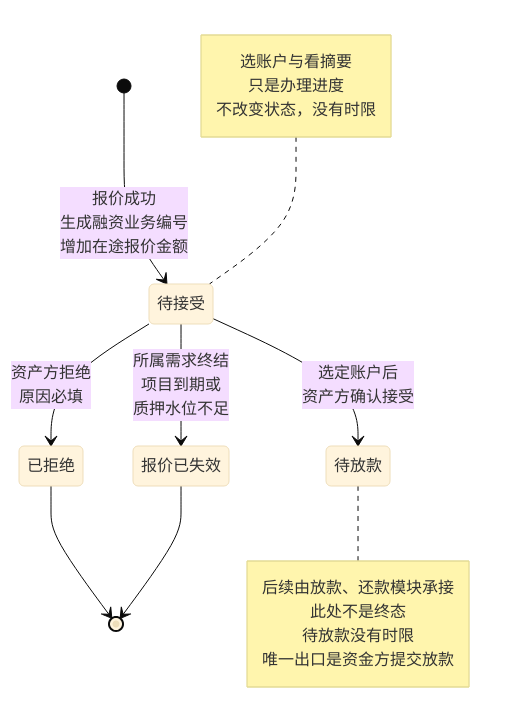
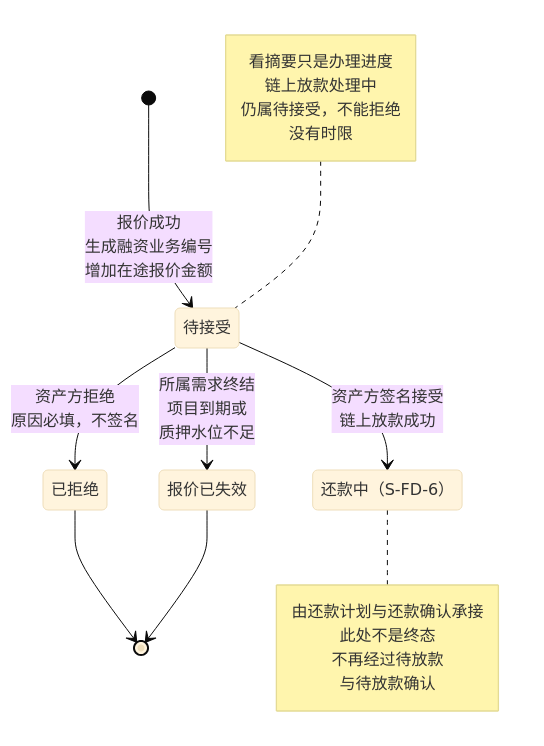
The eighth of 10 diagrams in lending-platform/PRD/面客端/06-借贷广场-授信报价与接受拒绝/02-授信报价与接受拒绝-流程图与状态机.md (wxblockchain/Chain-Financing), drawn with Mermaid (base theme) before and after one commit. The commit also changed other lines of this file and 5 other files, not shown here.

````diff
--- a/lending-platform/PRD/面客端/06-借贷广场-授信报价与接受拒绝/02-授信报价与接受拒绝-流程图与状态机.md
+++ b/lending-platform/PRD/面客端/06-借贷广场-授信报价与接受拒绝/02-授信报价与接受拒绝-流程图与状态机.md
@@ -161,24 +219,25 @@
 ```mermaid
 stateDiagram-v2
   state "待接受" as WAIT
   state "已拒绝" as REJECTED
   state "报价已失效" as EXPIRED
-  state "待放款" as FUNDING
+  state "还款中（S-FD-6）" as FUNDING
   [*] --> WAIT: 报价成功<br/>生成融资业务编号<br/>增加在途报价金额
-  WAIT --> REJECTED: 资产方拒绝<br/>原因必填
+  WAIT --> REJECTED: 资产方拒绝<br/>原因必填，不签名
   WAIT --> EXPIRED: 所属需求终结<br/>项目到期或<br/>质押水位不足
-  WAIT --> FUNDING: 选定账户后<br/>资产方确认接受
+  WAIT --> FUNDING: 资产方签名接受<br/>链上放款成功
   REJECTED --> [*]
   EXPIRED --> [*]
   note left of WAIT
-    选账户与看摘要
-    只是办理进度
-    不改变状态，没有时限
+    看摘要只是办理进度
+    链上放款处理中
+    仍属待接受，不能拒绝
+    没有时限
   end note
   note right of FUNDING
-    后续由放款、还款模块承接
+    由还款计划与还款确认承接
     此处不是终态
-    待放款没有时限
-    唯一出口是资金方提交放款
+    不再经过待放款
+    与待放款确认
   end note
 ```
````
